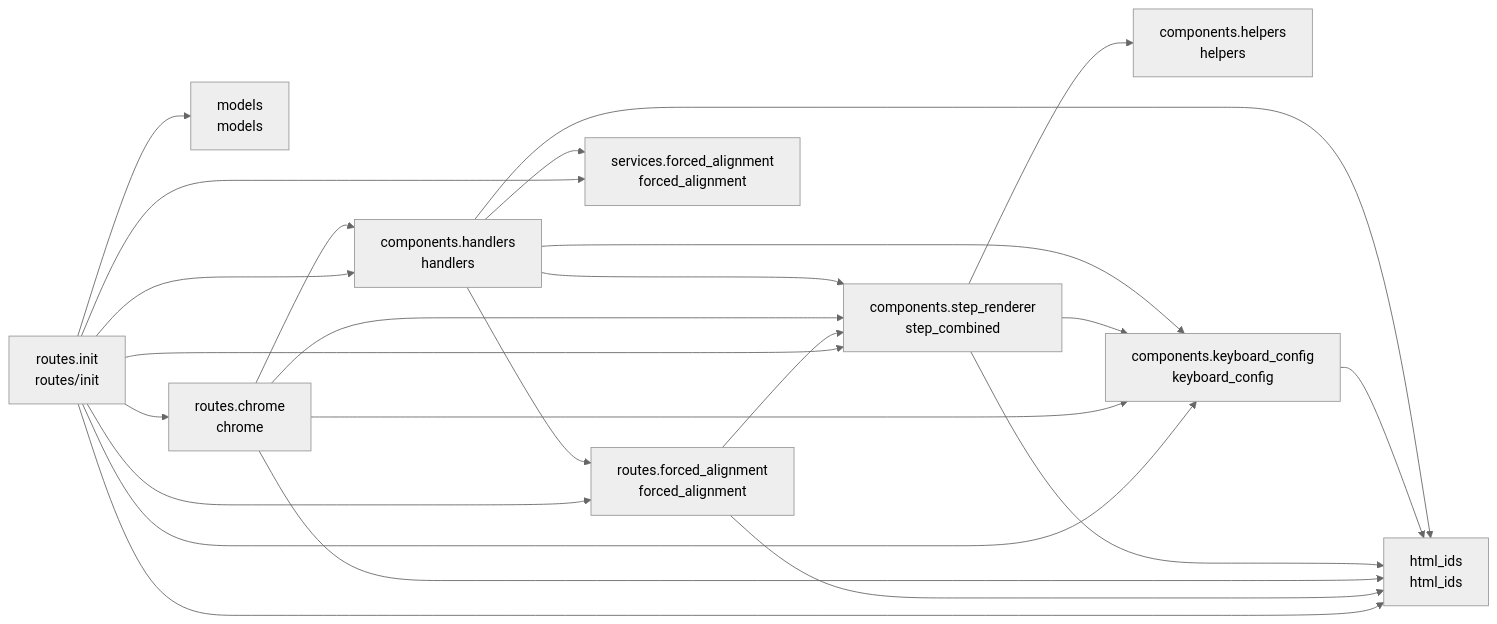
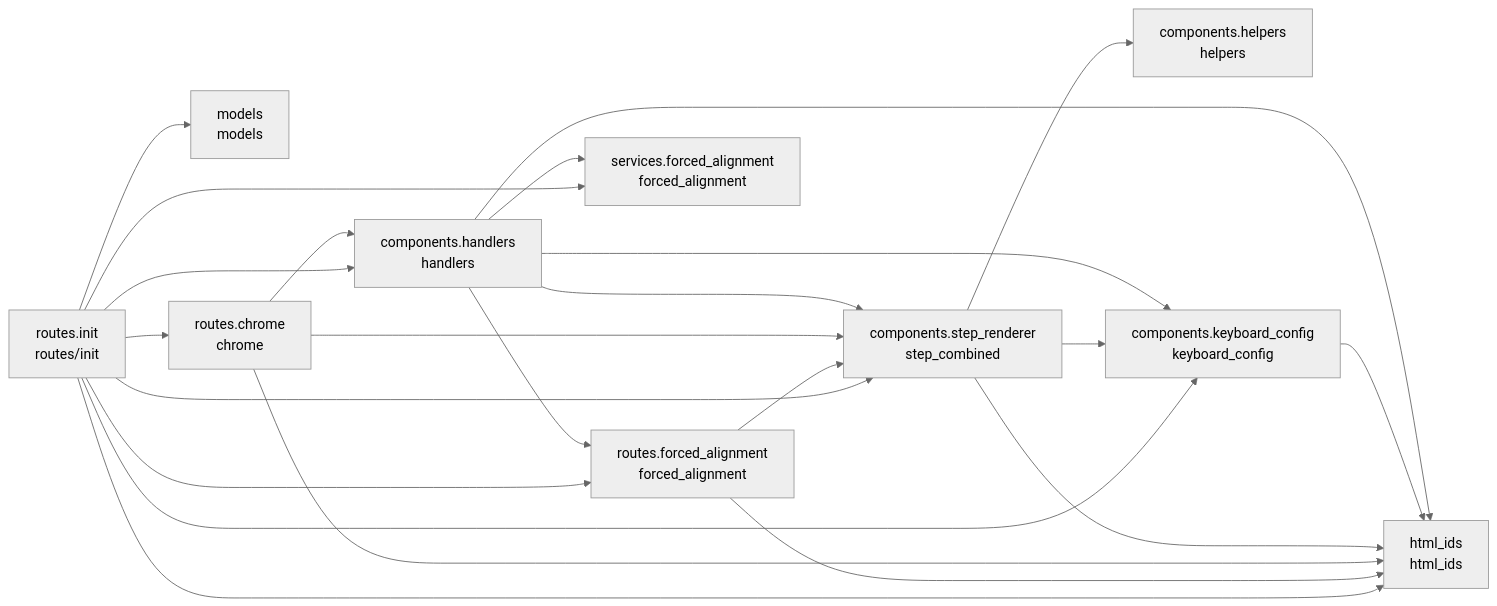
One commit to cj-mills/cjm-transcript-segment-align changed the diagram in README.md. Above: the diagram before and after it, drawn with Mermaid (neutral theme). The commit also changed other lines of this file and 10 other files, not shown here.

````diff
--- a/README.md
+++ b/README.md
@@ -33,37 +33,36 @@
 ``` mermaid
 graph LR
     components_handlers[components.handlers<br/>handlers]
     components_helpers[components.helpers<br/>helpers]
     components_keyboard_config[components.keyboard_config<br/>keyboard_config]
     components_step_renderer[components.step_renderer<br/>step_combined]
     html_ids[html_ids<br/>html_ids]
     models[models<br/>models]
     routes_chrome[routes.chrome<br/>chrome]
     routes_forced_alignment[routes.forced_alignment<br/>forced_alignment]
     routes_init[routes.init<br/>routes/init]
     services_forced_alignment[services.forced_alignment<br/>forced_alignment]
 
+    components_handlers --> components_keyboard_config
     components_handlers --> services_forced_alignment
+    components_handlers --> html_ids
     components_handlers --> components_step_renderer
     components_handlers --> routes_forced_alignment
-    components_handlers --> html_ids
-    components_handlers --> components_keyboard_config
     components_keyboard_config --> html_ids
+    components_step_renderer --> components_keyboard_config
     components_step_renderer --> components_helpers
     components_step_renderer --> html_ids
-    components_step_renderer --> components_keyboard_config
-    routes_chrome --> components_handlers
     routes_chrome --> html_ids
     routes_chrome --> components_step_renderer
-    routes_chrome --> components_keyboard_config
+    routes_chrome --> components_handlers
     routes_forced_alignment --> html_ids
     routes_forced_alignment --> components_step_renderer
+    routes_init --> components_handlers
+    routes_init --> models
+    routes_init --> html_ids
     routes_init --> routes_forced_alignment
-    routes_init --> components_handlers
+    routes_init --> services_forced_alignment
     routes_init --> components_keyboard_config
-    routes_init --> services_forced_alignment
-    routes_init --> html_ids
+    routes_init --> routes_chrome
     routes_init --> components_step_renderer
-    routes_init --> models
-    routes_init --> routes_chrome
 ```
````
